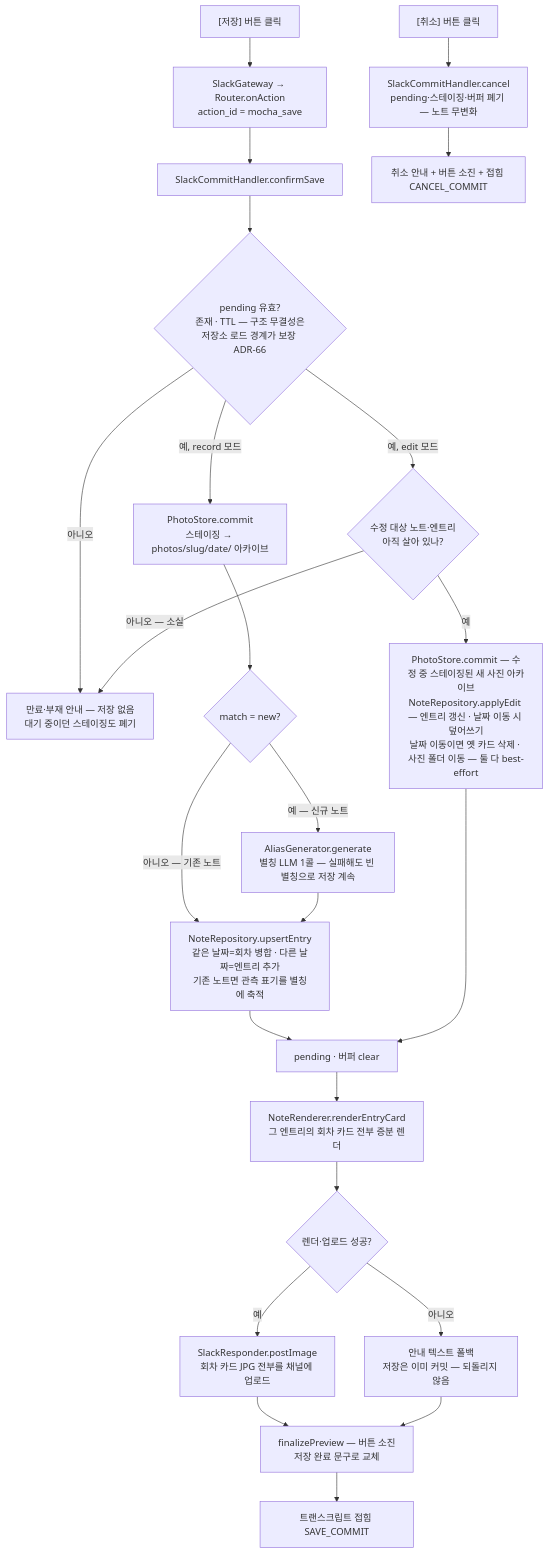
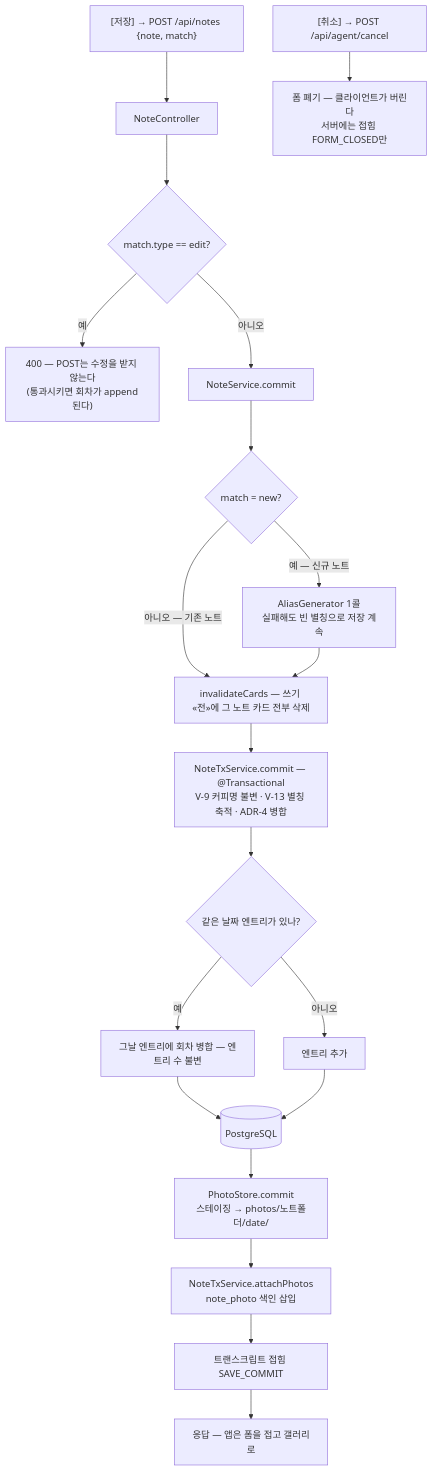
The fourth of 9 diagrams in docs/architecture-classes-and-flows.md (devwuu/mocha), drawn with Mermaid before and after one commit. The commit also changed other lines of this file and 1 other file, not shown here.

````diff
--- a/docs/architecture-classes-and-flows.md
+++ b/docs/architecture-classes-and-flows.md
@@ -440,27 +463,23 @@
 ```mermaid
 flowchart TB
-    A["[저장] 버튼 클릭"] --> B[SlackGateway → Router.onAction<br/>action_id = mocha_save]
-    B --> C[SlackCommitHandler.confirmSave]
-    C --> D{pending 유효?<br/>존재 · TTL — 구조 무결성은<br/>저장소 로드 경계가 보장 ADR-66}
-    D -->|아니오| E[만료·부재 안내 — 저장 없음<br/>대기 중이던 스테이징도 폐기]
-    D -->|예, record 모드| F[PhotoStore.commit<br/>스테이징 → photos/slug/date/ 아카이브]
-    F --> G{match = new?}
-    G -->|예 — 신규 노트| H[AliasGenerator.generate<br/>별칭 LLM 1콜 — 실패해도 빈 별칭으로 저장 계속]
-    G -->|아니오 — 기존 노트| I
-    H --> I[NoteRepository.upsertEntry<br/>같은 날짜=회차 병합 · 다른 날짜=엔트리 추가<br/>기존 노트면 관측 표기를 별칭에 축적]
-    D -->|예, edit 모드| J0{수정 대상 노트·엔트리<br/>아직 살아 있나?}
-    J0 -->|아니오 — 소실| E
-    J0 -->|예| J[PhotoStore.commit — 수정 중 스테이징된 새 사진 아카이브<br/>NoteRepository.applyEdit — 엔트리 갱신 · 날짜 이동 시 덮어쓰기<br/>날짜 이동이면 옛 카드 삭제 · 사진 폴더 이동 — 둘 다 best-effort]
-    I --> K[pending · 버퍼 clear]
-    J --> K
-    K --> L[NoteRenderer.renderEntryCard<br/>그 엔트리의 회차 카드 전부 증분 렌더]
-    L --> M{렌더·업로드 성공?}
-    M -->|예| N[SlackResponder.postImage<br/>회차 카드 JPG 전부를 채널에 업로드]
-    M -->|아니오| O[안내 텍스트 폴백<br/>저장은 이미 커밋 — 되돌리지 않음]
-    N --> P[finalizePreview — 버튼 소진<br/>저장 완료 문구로 교체]
-    O --> P
-    P --> Q[트랜스크립트 접힘 SAVE_COMMIT]
+    A["[저장] → POST /api/notes {note, match}"] --> B[NoteController]
+    B --> C{match.type == edit?}
+    C -->|예| D["400 — POST는 수정을 받지 않는다<br/>(통과시키면 회차가 append된다)"]
+    C -->|아니오| E[NoteService.commit]
+    E --> F{match = new?}
+    F -->|예 — 신규 노트| G[AliasGenerator 1콜<br/>실패해도 빈 별칭으로 저장 계속]
+    F -->|아니오 — 기존 노트| H
+    G --> H["invalidateCards — 쓰기 «전»에 그 노트 카드 전부 삭제"]
+    H --> I[NoteTxService.commit — @Transactional<br/>V-9 커피명 불변 · V-13 별칭 축적 · ADR-4 병합]
+    I --> J{같은 날짜 엔트리가 있나?}
+    J -->|예| K[그날 엔트리에 회차 병합 — 엔트리 수 불변]
+    J -->|아니오| L[엔트리 추가]
+    K --> M[(PostgreSQL)]
+    L --> M
+    M --> N[PhotoStore.commit<br/>스테이징 → photos/노트폴더/date/]
+    N --> O[NoteTxService.attachPhotos<br/>note_photo 색인 삽입]
+    O --> P[트랜스크립트 접힘 SAVE_COMMIT]
+    P --> Q["응답 — 앱은 폼을 접고 갤러리로"]
 
-    R["[취소] 버튼 클릭"] --> S[SlackCommitHandler.cancel<br/>pending·스테이징·버퍼 폐기 — 노트 무변화]
-    S --> T[취소 안내 + 버튼 소진 + 접힘 CANCEL_COMMIT]
+    R["[취소] → POST /api/agent/cancel"] --> S[폼 폐기 — 클라이언트가 버린다<br/>서버에는 접힘 FORM_CLOSED만]
 ```
````
